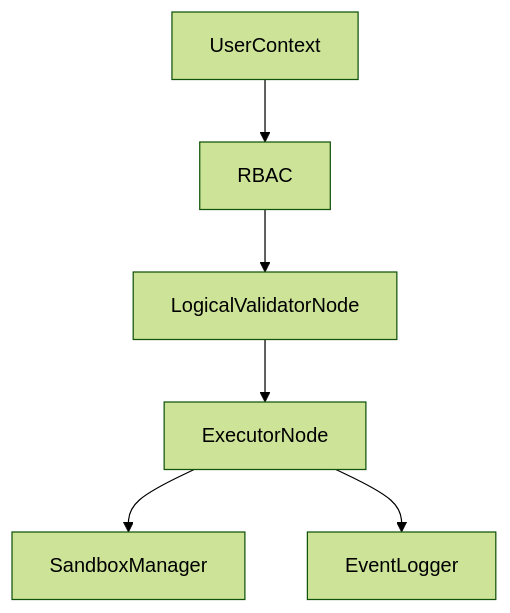
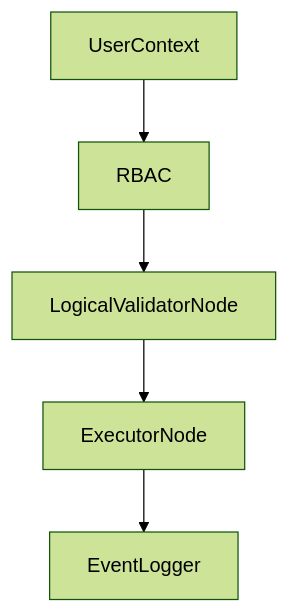
One commit to nadeem4/nl2sql changed the diagram in docs/security/model.md. Above: the diagram before and after it, drawn with Mermaid (forest theme). The commit also changed other lines of this file and 46 other files, not shown here.

First line of the commit message:
feat: expand documentation and architecture details for NL2SQL

````diff
--- a/docs/security/model.md
+++ b/docs/security/model.md
@@ -12,8 +12,7 @@
 ```mermaid
 flowchart TD
     User[UserContext] --> RBAC[RBAC]
     RBAC --> Validator[LogicalValidatorNode]
     Validator --> Executor[ExecutorNode]
-    Executor --> Sandbox[SandboxManager]
     Executor --> Audit[EventLogger]
 ```
````
